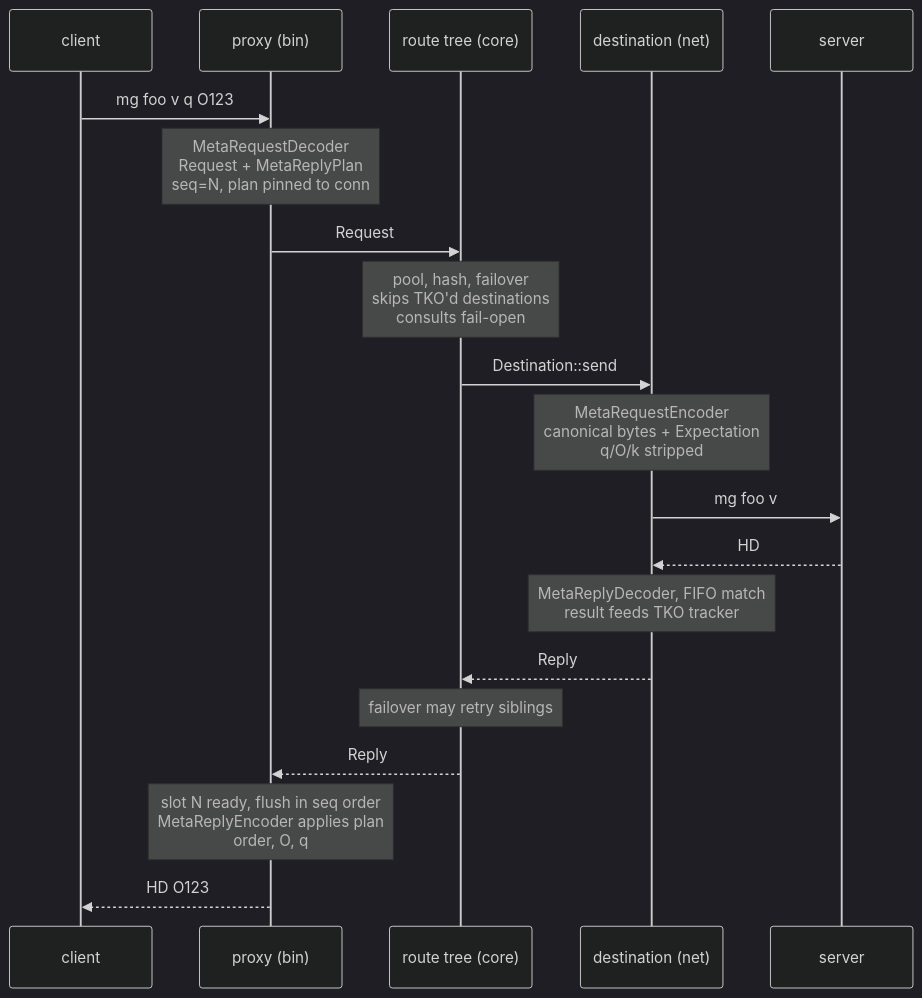
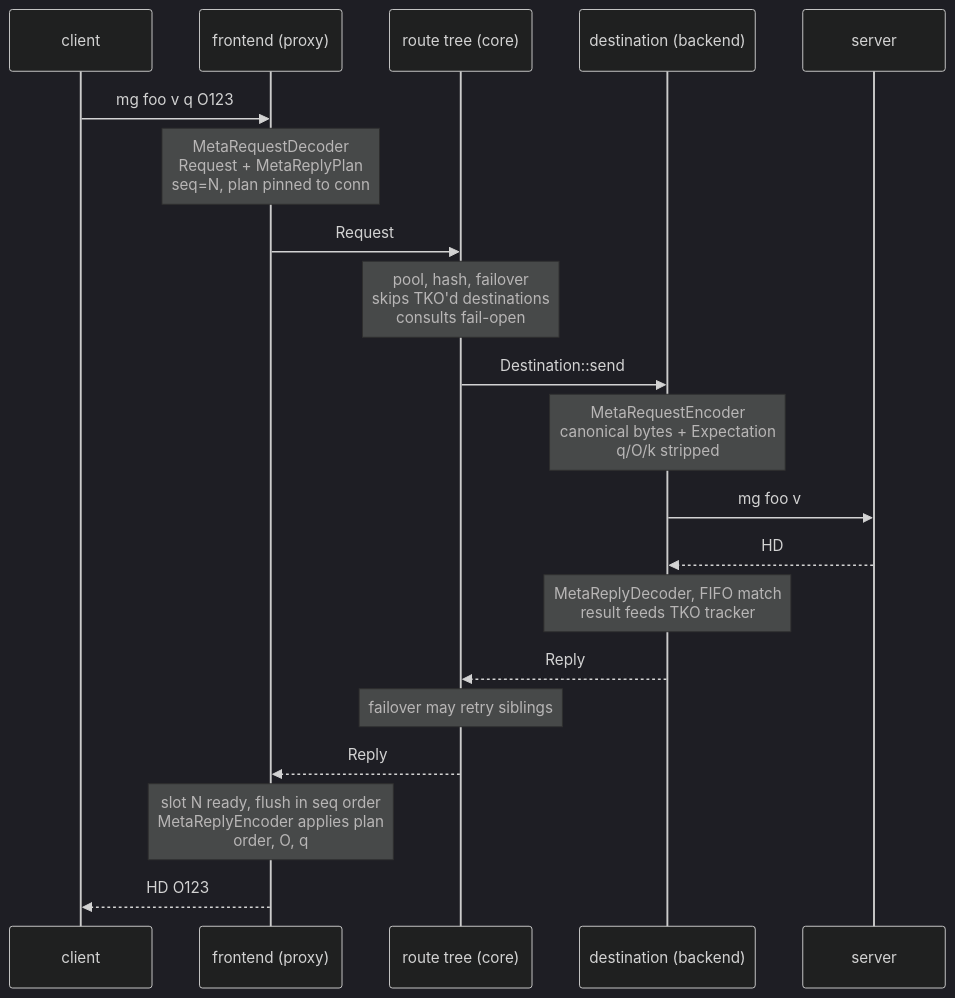
Before and after one commit to raydatray/rusty-mcrouter: the second of 2 diagrams in docs/architecture/README.md, drawn with Mermaid (dark theme). The commit also changed other lines of this file and 2 other files, not shown here.

Commit message:
[7/7][docs] document the frontend/backend crate split

````diff
--- a/docs/architecture/README.md
+++ b/docs/architecture/README.md
@@ -13,23 +43,23 @@
 ```mermaid
 sequenceDiagram
     participant C as client
-    participant P as proxy (bin)
+    participant P as frontend (proxy)
     participant R as route tree (core)
-    participant D as destination (net)
+    participant D as destination (backend)
     participant S as server
 
     C->>P: mg foo v q O123
     Note over P: MetaRequestDecoder<br/>Request + MetaReplyPlan<br/>seq=N, plan pinned to conn
     P->>R: Request
     Note over R: pool, hash, failover<br/>skips TKO'd destinations<br/>consults fail-open
     R->>D: Destination::send
     Note over D: MetaRequestEncoder<br/>canonical bytes + Expectation<br/>q/O/k stripped
     D->>S: mg foo v
     S-->>D: HD
     Note over D: MetaReplyDecoder, FIFO match<br/>result feeds TKO tracker
     D-->>R: Reply
     Note over R: failover may retry siblings
     R-->>P: Reply
     Note over P: slot N ready, flush in seq order<br/>MetaReplyEncoder applies plan<br/>order, O, q
     P-->>C: HD O123
 ```
````
